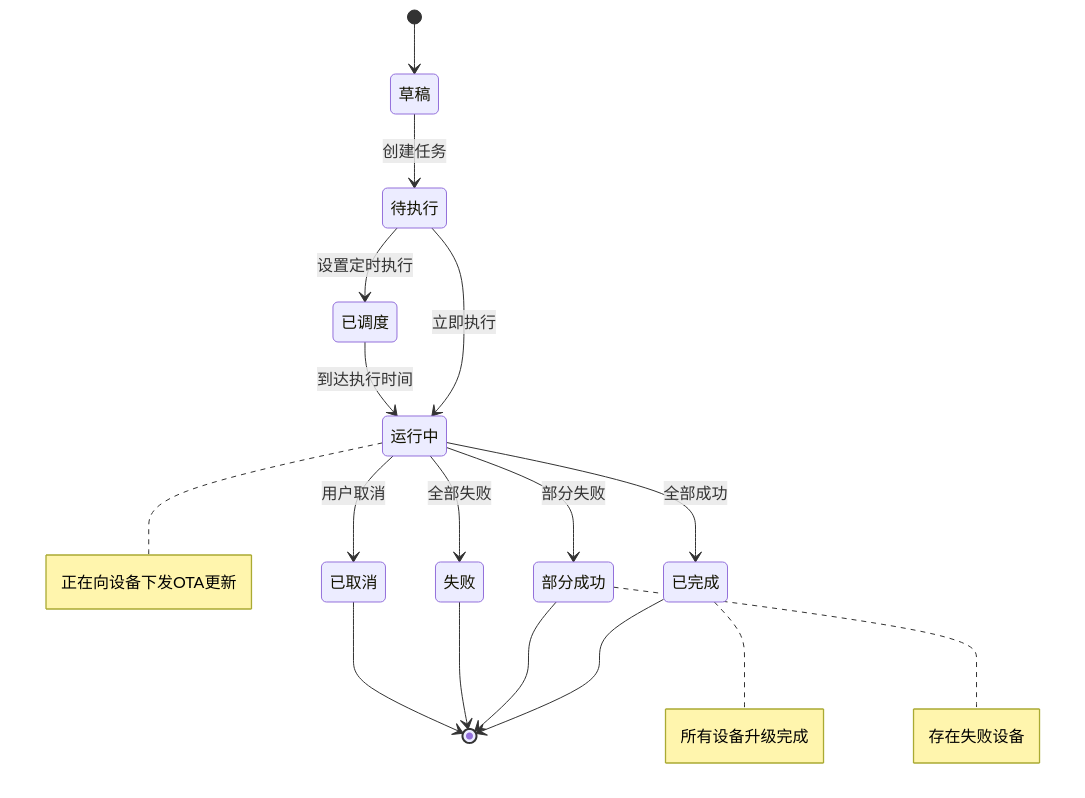
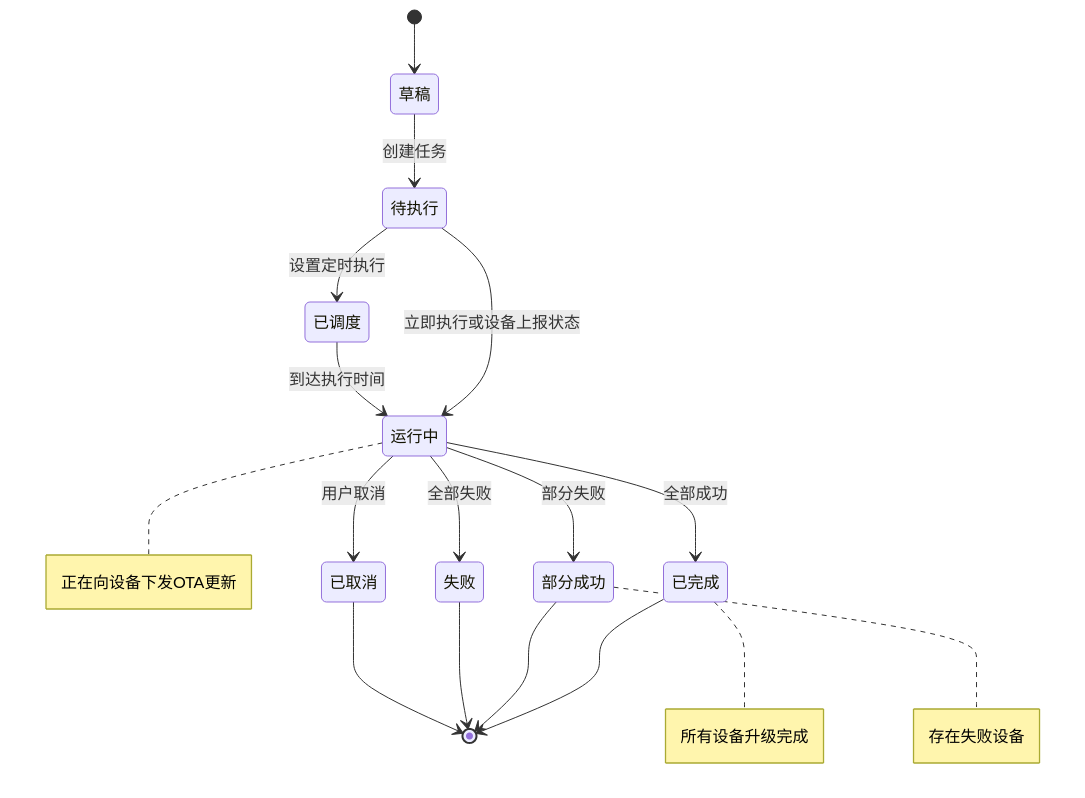
Before and after one commit to mcmrzy/cs_inv_monitor-develop: the ninth of 22 diagrams in .qoder/repowiki/zh/content/OTA升级系统/OTA任务调度/OTA任务调度.md, drawn with Mermaid. The commit also changed other lines of this file and 28 other files, not shown here.

````diff
--- a/.qoder/repowiki/zh/content/OTA升级系统/OTA任务调度/OTA任务调度.md
+++ b/.qoder/repowiki/zh/content/OTA升级系统/OTA任务调度/OTA任务调度.md
@@ -497,19 +527,19 @@
 ```mermaid
 stateDiagram-v2
 [*] --> 草稿
 草稿 --> 待执行 : 创建任务
 待执行 --> 已调度 : 设置定时执行
-待执行 --> 运行中 : 立即执行
+待执行 --> 运行中 : 立即执行或设备上报状态
 已调度 --> 运行中 : 到达执行时间
 运行中 --> 已完成 : 全部成功
 运行中 --> 部分成功 : 部分失败
 运行中 --> 失败 : 全部失败
 运行中 --> 已取消 : 用户取消
 已完成 --> [*]
 部分成功 --> [*]
 失败 --> [*]
 已取消 --> [*]
 note right of 运行中 : 正在向设备下发OTA更新
 note right of 已完成 : 所有设备升级完成
 note right of 部分成功 : 存在失败设备
 ```
````
